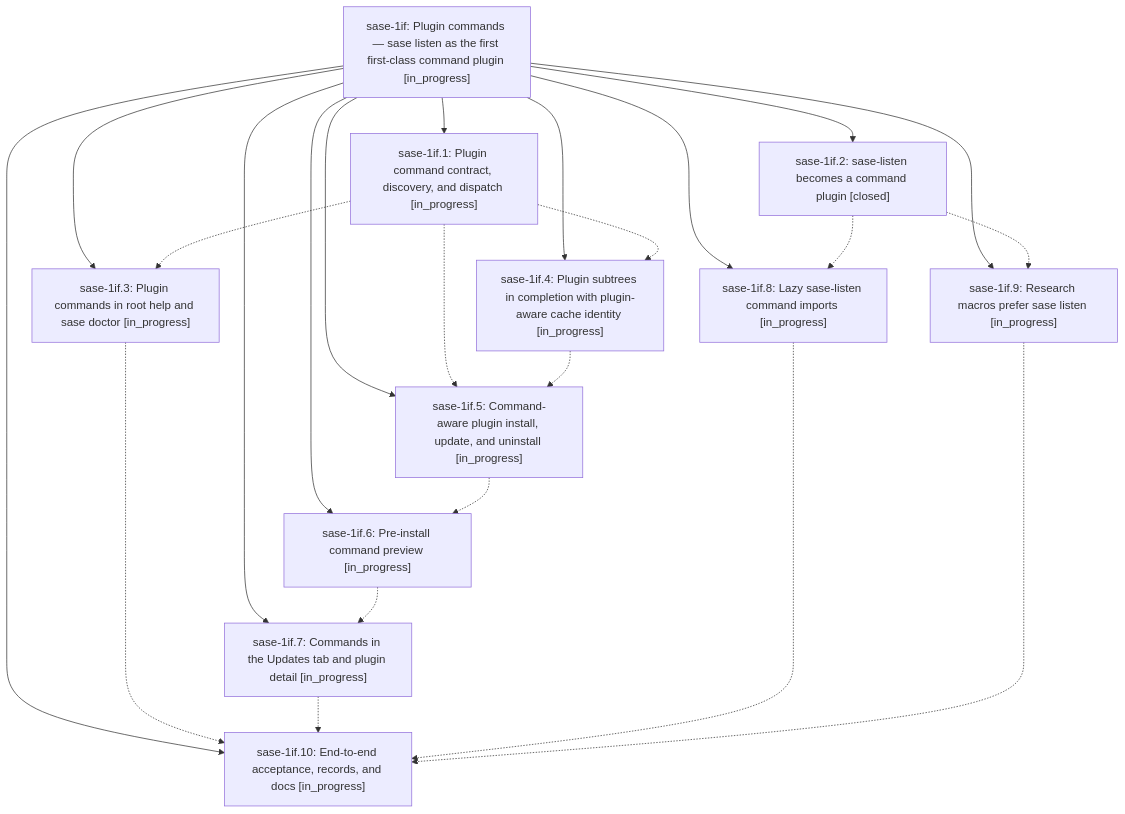
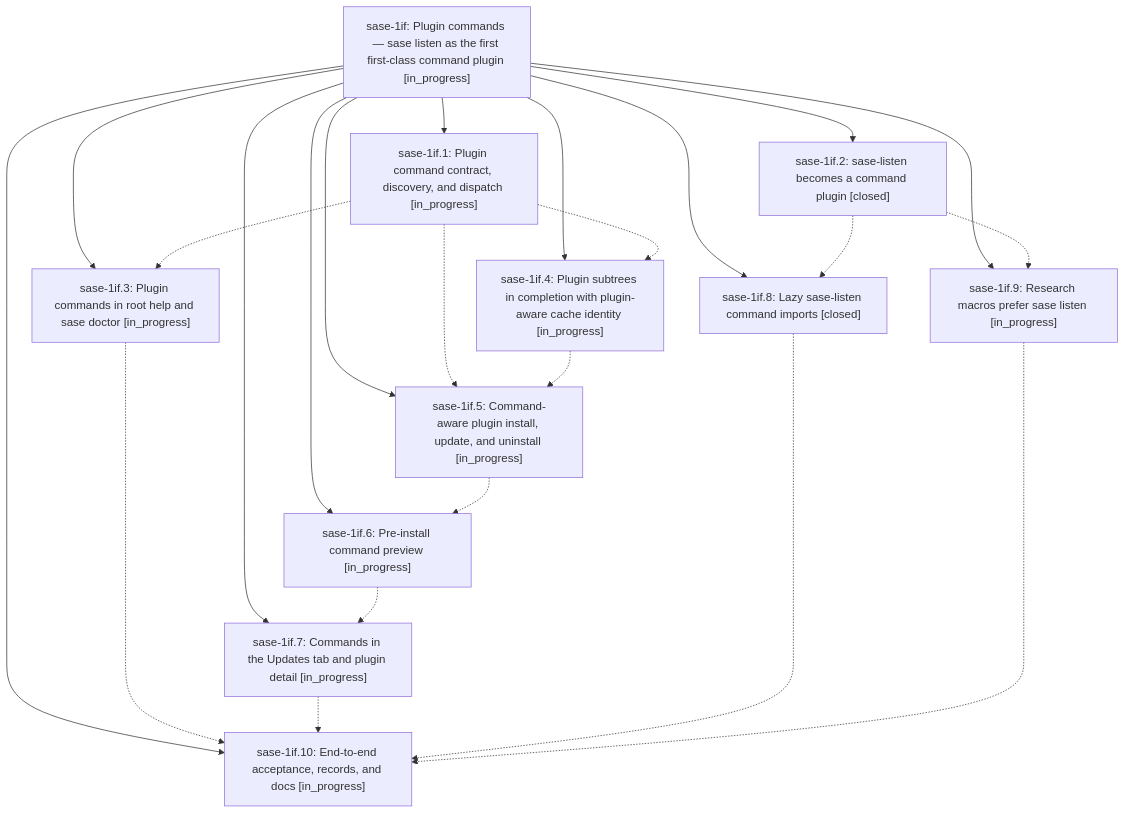
The diagram in pages/sase-1if/README.md (sase-org/sase--beads), drawn with Mermaid before and after one commit. The commit also changed other lines of this file and 3 other files, not shown here.

````diff
--- a/pages/sase-1if/README.md
+++ b/pages/sase-1if/README.md
@@ -43,36 +43,36 @@
 ```mermaid
 flowchart TD
     n0["sase-1if: Plugin commands — sase listen as the first first-class command plugin [in_progress]"]
     n1["sase-1if.1: Plugin command contract, discovery, and dispatch [in_progress]"]
     n2["sase-1if.10: End-to-end acceptance, records, and docs [in_progress]"]
     n3["sase-1if.2: sase-listen becomes a command plugin [closed]"]
     n4["sase-1if.3: Plugin commands in root help and sase doctor [in_progress]"]
     n5["sase-1if.4: Plugin subtrees in completion with plugin-aware cache identity [in_progress]"]
     n6["sase-1if.5: Command-aware plugin install, update, and uninstall [in_progress]"]
     n7["sase-1if.6: Pre-install command preview [in_progress]"]
     n8["sase-1if.7: Commands in the Updates tab and plugin detail [in_progress]"]
-    n9["sase-1if.8: Lazy sase-listen command imports [in_progress]"]
+    n9["sase-1if.8: Lazy sase-listen command imports [closed]"]
     n10["sase-1if.9: Research macros prefer sase listen [in_progress]"]
     n0 --> n1
     n0 --> n2
     n0 --> n3
     n0 --> n4
     n0 --> n5
     n0 --> n6
     n0 --> n7
     n0 --> n8
     n0 --> n9
     n0 --> n10
     n1 -.-> n4
     n1 -.-> n5
     n1 -.-> n6
     n3 -.-> n9
     n3 -.-> n10
     n4 -.-> n2
     n5 -.-> n6
     n6 -.-> n7
     n7 -.-> n8
     n8 -.-> n2
     n9 -.-> n2
     n10 -.-> n2
 ```
````
